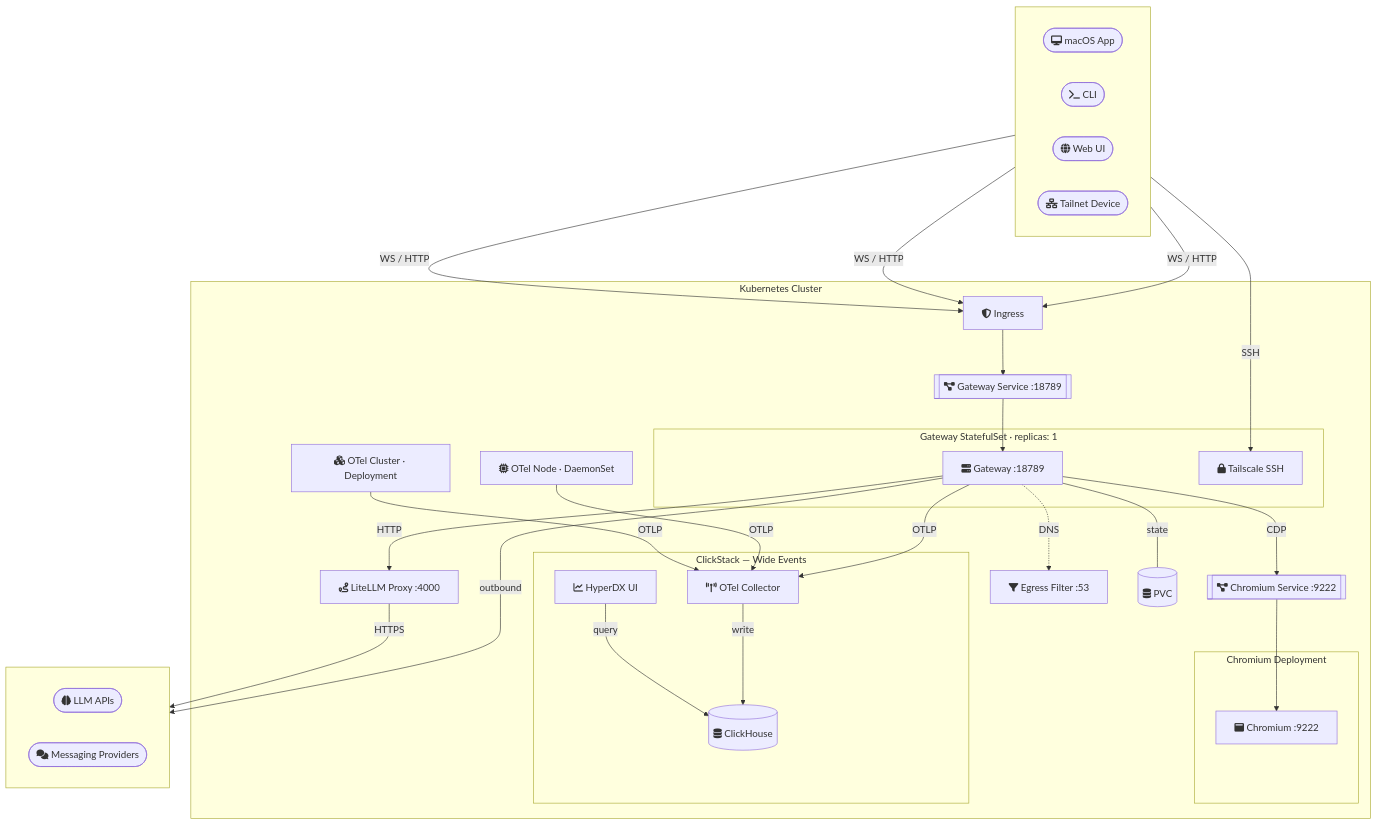
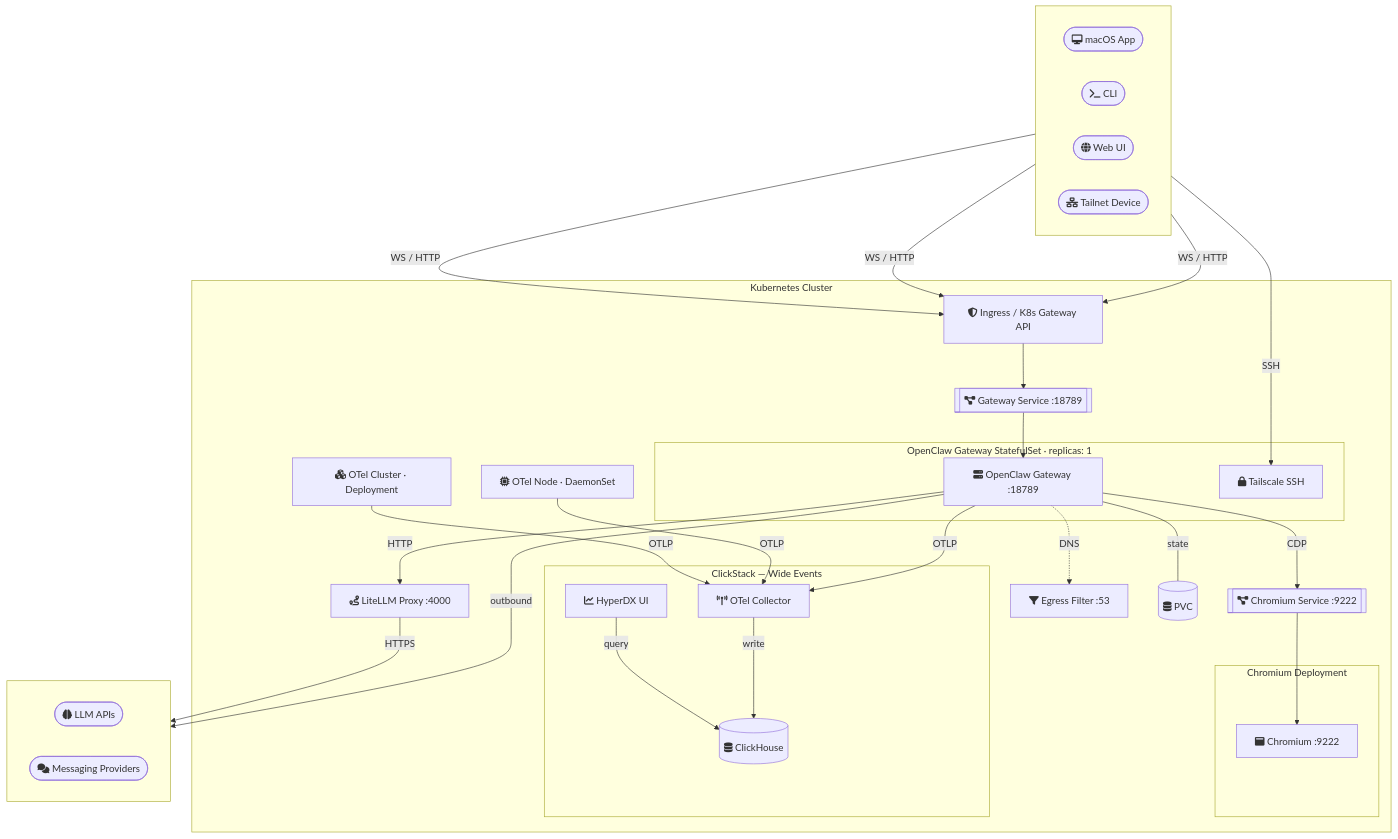
One commit to iMerica/kubeclaw changed the diagram in README.md. Above: the diagram before and after it, drawn with Mermaid. The commit also changed other lines of this file and 9 other files, not shown here.

````diff
--- a/README.md
+++ b/README.md
@@ -43,59 +43,59 @@
 ```mermaid
 graph TB
     subgraph clients [" "]
         direction LR
         app([fa:fa-desktop macOS App])
         cli([fa:fa-terminal CLI])
         web([fa:fa-globe Web UI])
         tsdevice([fa:fa-network-wired Tailnet Device])
     end
 
     subgraph cluster ["Kubernetes Cluster"]
-        ingress[fa:fa-shield-halved Ingress]
+        ingress[fa:fa-shield-halved Ingress / K8s Gateway API]
 
-        subgraph gwpod ["Gateway StatefulSet · replicas: 1"]
-            gw[fa:fa-server Gateway :18789]
+        subgraph gwpod ["OpenClaw Gateway StatefulSet · replicas: 1"]
+            gw[fa:fa-server OpenClaw Gateway :18789]
             ts[fa:fa-lock Tailscale SSH]
         end
 
         subgraph chromepod ["Chromium Deployment"]
             chrome[fa:fa-window-maximize Chromium :9222]
         end
 
         subgraph clickstack ["ClickStack — Wide Events"]
             otelgw[fa:fa-tower-broadcast OTel Collector]
             clickhouse[(fa:fa-database ClickHouse)]
             hyperdx[fa:fa-chart-line HyperDX UI]
             otelgw -->|write| clickhouse
             hyperdx -->|query| clickhouse
         end
 
         otelnode[fa:fa-microchip OTel Node · DaemonSet]
         otelcluster[fa:fa-cubes OTel Cluster · Deployment]
 
         svc[[fa:fa-diagram-project Gateway Service :18789]]
         chromesvc[[fa:fa-diagram-project Chromium Service :9222]]
         litellm[fa:fa-route LiteLLM Proxy :4000]
         egressfilter[fa:fa-filter Egress Filter :53]
         pvc[(fa:fa-database PVC)]
     end
 
     subgraph external [" "]
         direction LR
         llm([fa:fa-brain LLM APIs])
         msg([fa:fa-comments Messaging Providers])
     end
 
     app & cli & web -->|WS / HTTP| ingress
     tsdevice -->|SSH| ts
     ingress --> svc --> gw
     gw -->|CDP| chromesvc --> chrome
     gw -->|HTTP| litellm
     gw -.->|DNS| egressfilter
     gw ---|state| pvc
     gw -->|outbound| msg
     litellm -->|HTTPS| llm
     gw -->|OTLP| otelgw
     otelnode -->|OTLP| otelgw
     otelcluster -->|OTLP| otelgw
 ```
````
